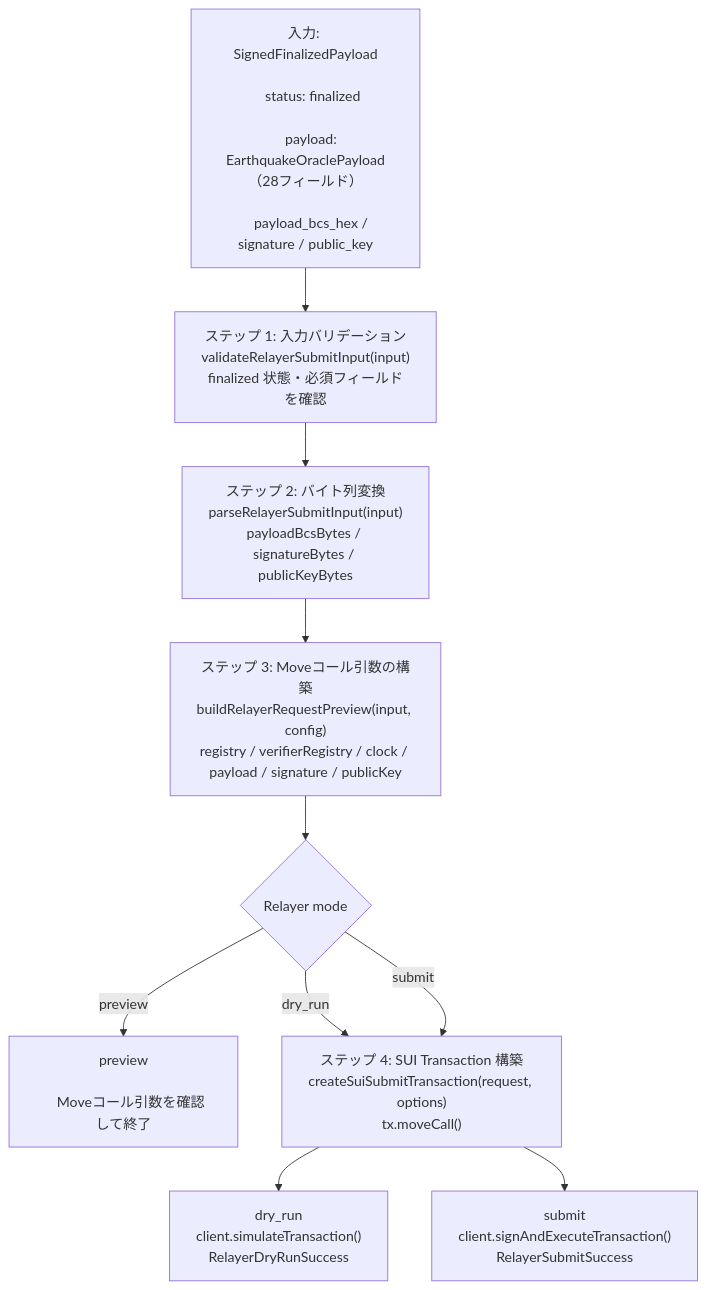
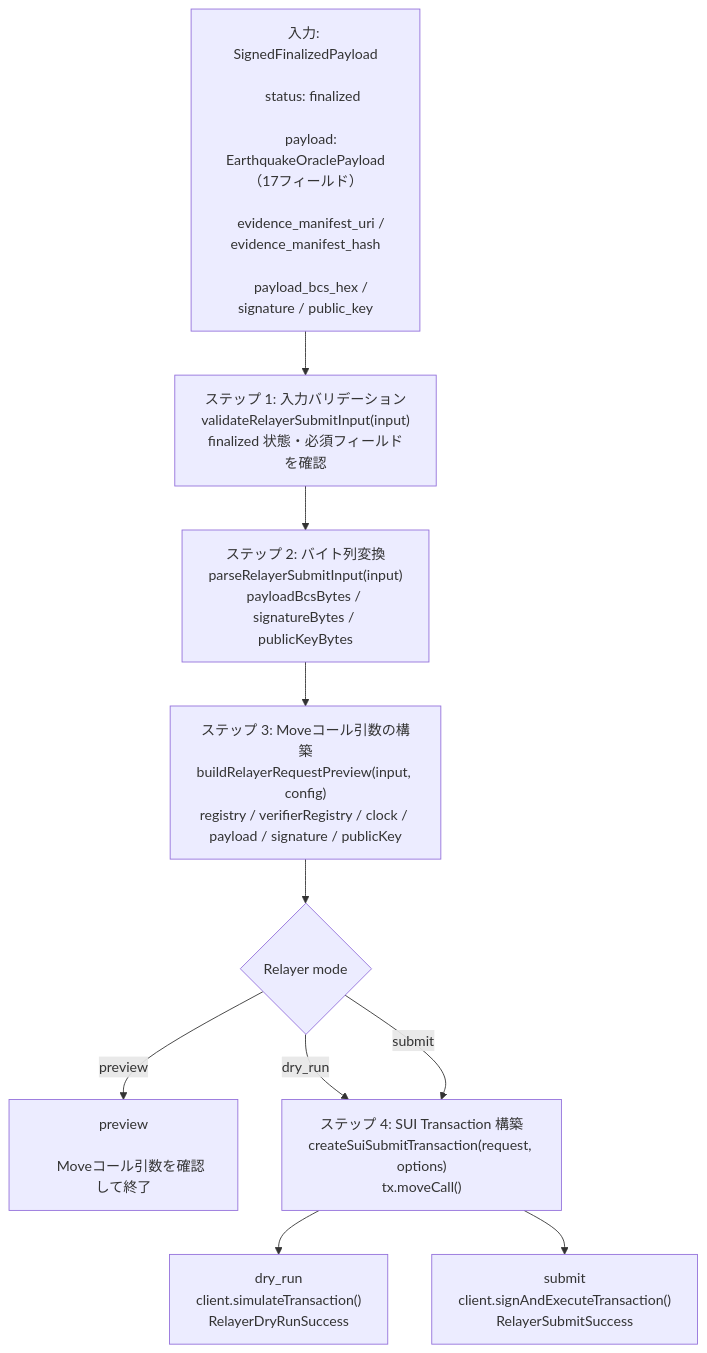
The diagram in nautilus/verifiers/earthquake/relayer/README.md (UnagiLabs/Sonari), drawn with Mermaid before and after one commit. The commit also changed 8 other files, not shown here.

First line of the commit message:
fix: evidence manifest smoke検証を更新する

````diff
--- a/nautilus/verifiers/earthquake/relayer/README.md
+++ b/nautilus/verifiers/earthquake/relayer/README.md
@@ -27,33 +27,34 @@
 ```mermaid
 flowchart TD
   input[
     入力: SignedFinalizedPayload<br/>
     status: finalized<br/>
-    payload: EarthquakeOraclePayload（28フィールド）<br/>
+    payload: EarthquakeOraclePayload（17フィールド）<br/>
+    evidence_manifest_uri / evidence_manifest_hash<br/>
     payload_bcs_hex / signature / public_key
   ]
 
   validate["ステップ 1: 入力バリデーション<br/>validateRelayerSubmitInput(input)<br/>finalized 状態・必須フィールドを確認"]
 
   parse["ステップ 2: バイト列変換<br/>parseRelayerSubmitInput(input)<br/>payloadBcsBytes / signatureBytes / publicKeyBytes"]
 
   preview["ステップ 3: Moveコール引数の構築<br/>buildRelayerRequestPreview(input, config)<br/>registry / verifierRegistry / clock / payload / signature / publicKey"]
 
   mode{Relayer mode}
 
   previewOnly[
     preview<br/>
     Moveコール引数を確認して終了
   ]
 
   tx["ステップ 4: SUI Transaction 構築<br/>createSuiSubmitTransaction(request, options)<br/>tx.moveCall()"]
 
   dryRun["dry_run<br/>client.simulateTransaction()<br/>RelayerDryRunSuccess"]
 
   submit["submit<br/>client.signAndExecuteTransaction()<br/>RelayerSubmitSuccess"]
 
   input --> validate --> parse --> preview --> mode
   mode -->|preview| previewOnly
   mode -->|dry_run| tx --> dryRun
   mode -->|submit| tx --> submit
 ```
````
